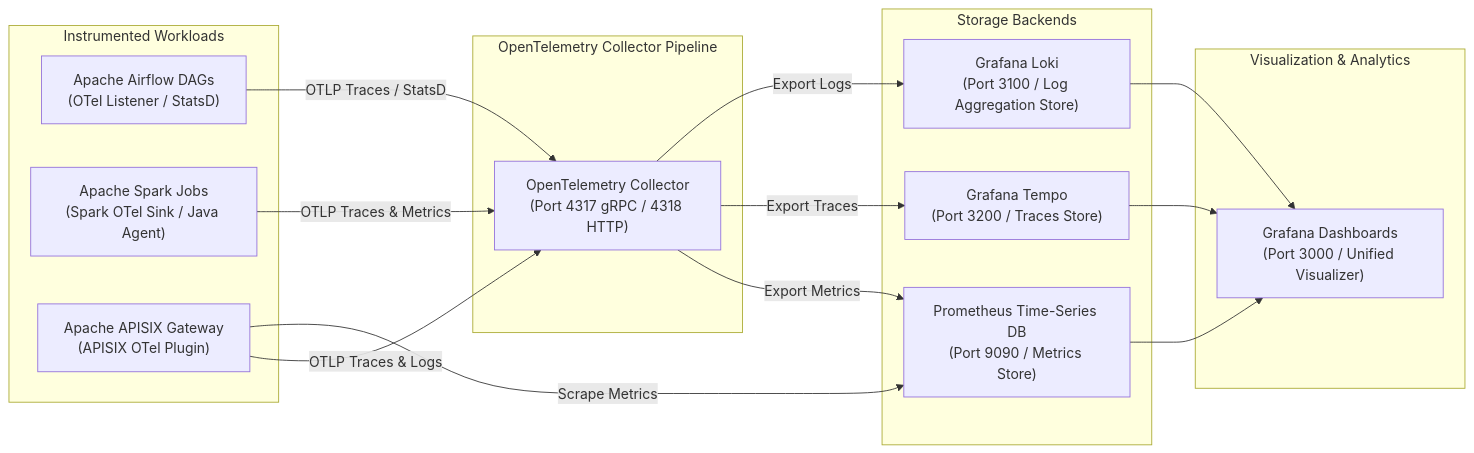
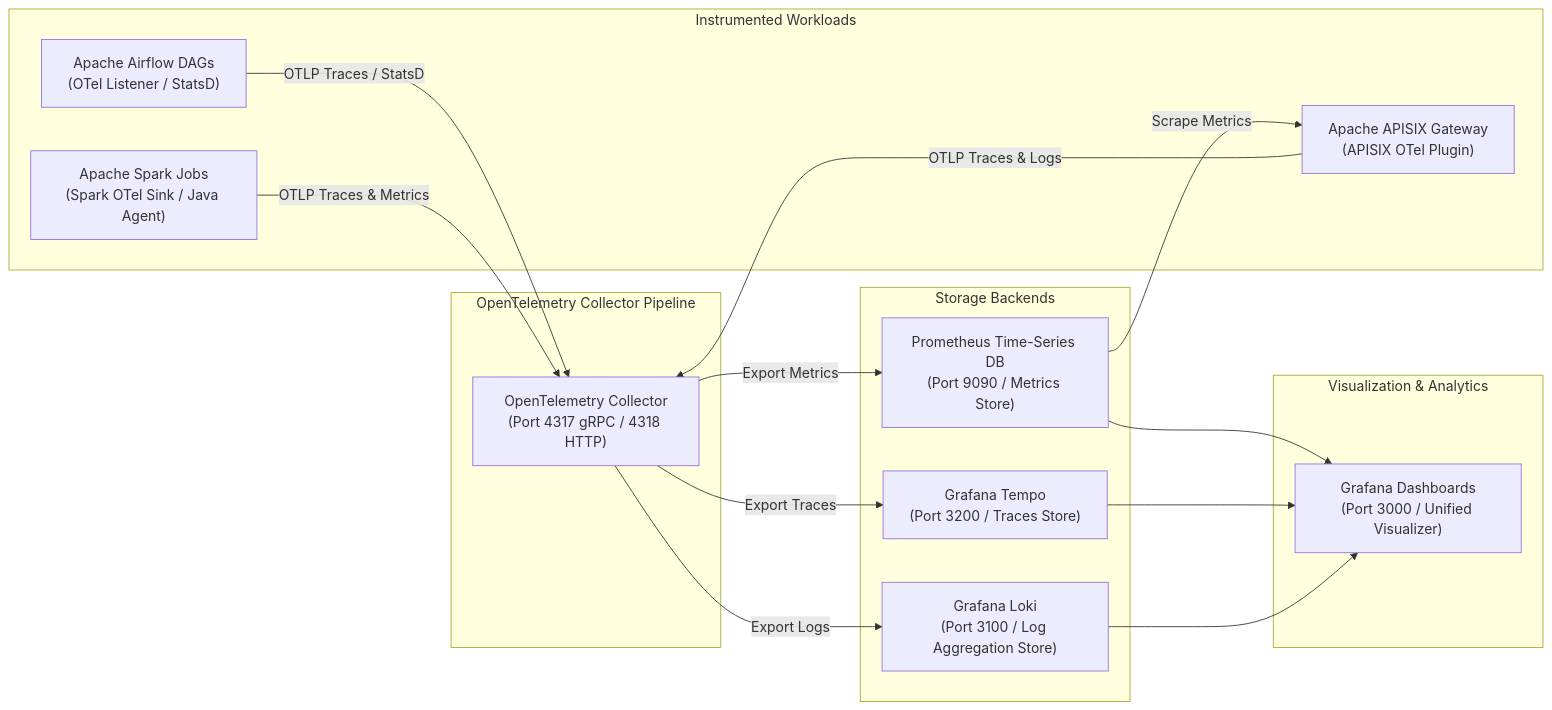
The third of 3 diagrams in docs/reference/next-technology-roadmap-stack.md (linuxmalaysia/bda-ai-infra), drawn with Mermaid before and after one commit. The commit also changed other lines of this file and 17 other files, not shown here.

Commit message:
feat: update dual-render diagrams and routing tables per PR review feedback

````diff
--- a/docs/reference/next-technology-roadmap-stack.md
+++ b/docs/reference/next-technology-roadmap-stack.md
@@ -378,35 +379,35 @@
 ```mermaid
 flowchart LR
     subgraph Workloads ["Instrumented Workloads"]
         Airflow["Apache Airflow DAGs<br/>(OTel Listener / StatsD)"]
         Spark["Apache Spark Jobs<br/>(Spark OTel Sink / Java Agent)"]
         APISIX["Apache APISIX Gateway<br/>(APISIX OTel Plugin)"]
     end
 
     subgraph OTelCollectorLayer ["OpenTelemetry Collector Pipeline"]
         OTelCollector["OpenTelemetry Collector<br/>(Port 4317 gRPC / 4318 HTTP)"]
     end
 
     subgraph StorageBackends ["Storage Backends"]
         Prometheus["Prometheus Time-Series DB<br/>(Port 9090 / Metrics Store)"]
         Tempo["Grafana Tempo<br/>(Port 3200 / Traces Store)"]
         Loki["Grafana Loki<br/>(Port 3100 / Log Aggregation Store)"]
     end
 
     subgraph VisualizationLayer ["Visualization &amp; Analytics"]
         Grafana["Grafana Dashboards<br/>(Port 3000 / Unified Visualizer)"]
     end
 
     Airflow -->|"OTLP Traces / StatsD"| OTelCollector
     Spark -->|"OTLP Traces &amp; Metrics"| OTelCollector
     APISIX -->|"OTLP Traces &amp; Logs"| OTelCollector
-    APISIX -->|"Scrape Metrics"| Prometheus
+    Prometheus -->|"Scrape Metrics"| APISIX
 
     OTelCollector -->|"Export Metrics"| Prometheus
     OTelCollector -->|"Export Traces"| Tempo
     OTelCollector -->|"Export Logs"| Loki
 
     Prometheus --> Grafana
     Tempo --> Grafana
     Loki --> Grafana
 ```
````
